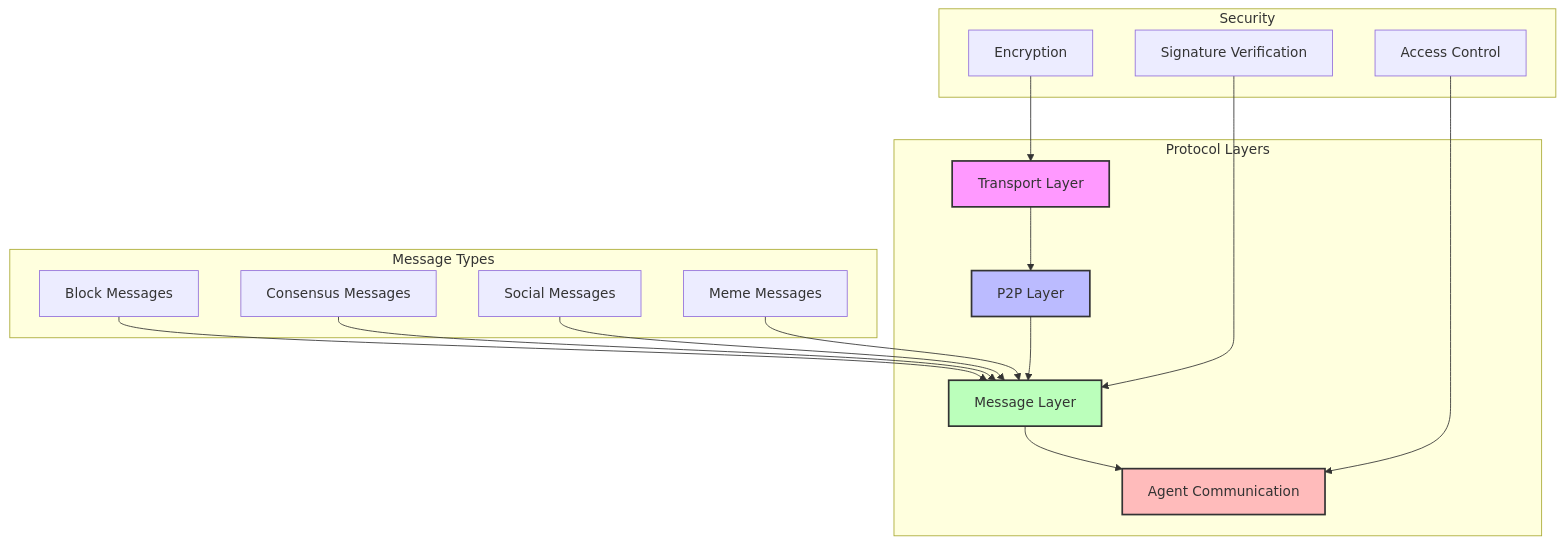
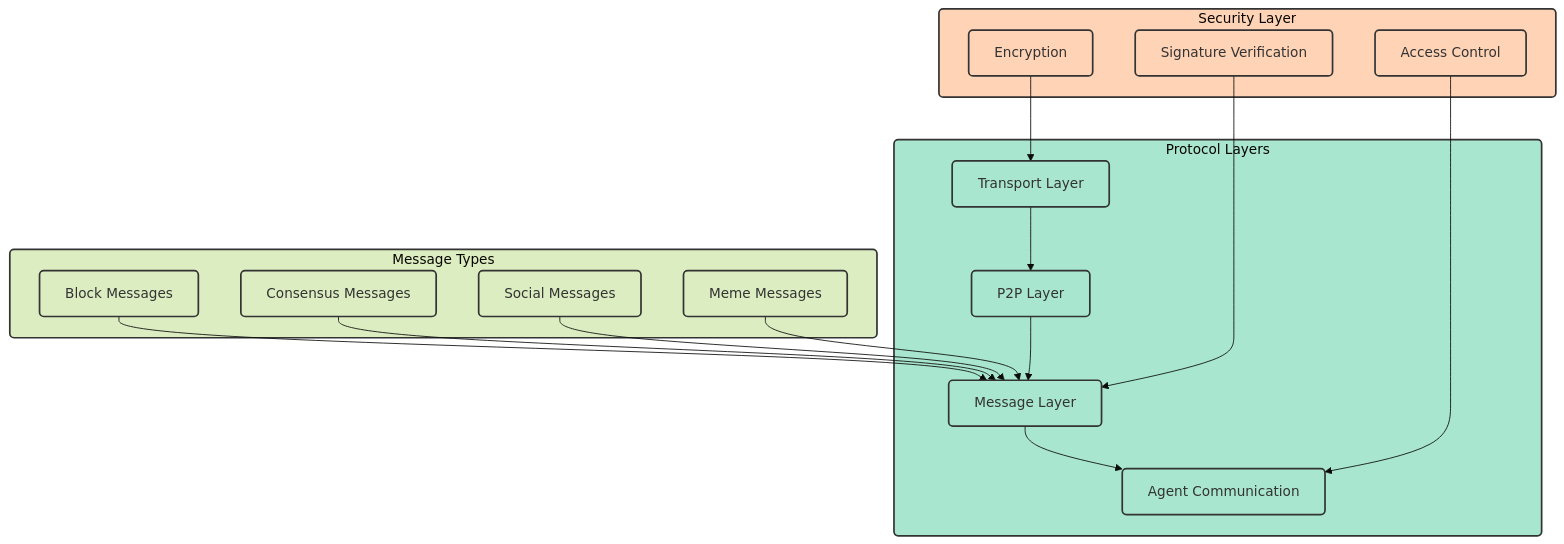
One commit to SumeetChougule/chaoschain changed the fifth of 6 diagrams in docs/introduction/architecture.md. Above: the diagram before and after it, drawn with Mermaid. The commit also changed other lines of this file, not shown here.

Commit message:
Update architecture diagrams with clean, professional design for workshop presentation

````diff
--- a/docs/introduction/architecture.md
+++ b/docs/introduction/architecture.md
@@ -186,43 +179,43 @@
 ```mermaid
+%%{init: {'theme': 'base', 'themeVariables': { 'fontSize': '16px', 'fontFamily': 'arial' }}}%%
 flowchart TB
     subgraph Protocol["Protocol Layers"]
-        T[Transport Layer]
-        P[P2P Layer]
-        M[Message Layer]
-        A[Agent Communication]
+        T["Transport Layer"]
+        P["P2P Layer"]
+        M["Message Layer"]
+        A["Agent Communication"]
     end
     
     subgraph Messages["Message Types"]
-        B[Block Messages]
-        C[Consensus Messages]
-        S[Social Messages]
-        ME[Meme Messages]
+        B["Block Messages"]
+        C["Consensus Messages"]
+        S["Social Messages"]
+        ME["Meme Messages"]
     end
     
-    subgraph Sec["Security"]
-        E[Encryption]
-        SI[Signature Verification]
-        AC[Access Control]
+    subgraph Security["Security Layer"]
+        E["Encryption"]
+        SI["Signature Verification"]
+        AC["Access Control"]
     end
     
     T --> P
     P --> M
     M --> A
     B --> M
     C --> M
     S --> M
     ME --> M
     E --> T
     SI --> M
     AC --> A
     
-    classDef transport fill:#f9f,stroke:#333,stroke-width:2px
-    classDef p2p fill:#bbf,stroke:#333,stroke-width:2px
-    classDef message fill:#bfb,stroke:#333,stroke-width:2px
-    classDef agent fill:#fbb,stroke:#333,stroke-width:2px
+    classDef default fill:#f8f9fa,stroke:#333,stroke-width:2px,rx:5,ry:5
+    classDef protocol fill:#a8e6cf,stroke:#333,stroke-width:2px,rx:5,ry:5
+    classDef messages fill:#dcedc1,stroke:#333,stroke-width:2px,rx:5,ry:5
+    classDef security fill:#ffd3b6,stroke:#333,stroke-width:2px,rx:5,ry:5
     
-    class T transport
-    class P p2p
-    class M message
-    class A agent
+    class T,P,M,A,Protocol protocol
+    class B,C,S,ME,Messages messages
+    class E,SI,AC,Security security
 ```
````
